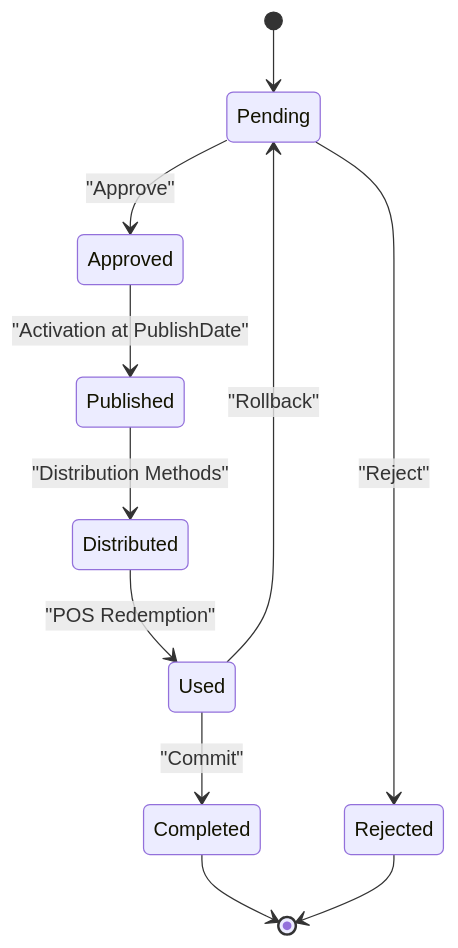
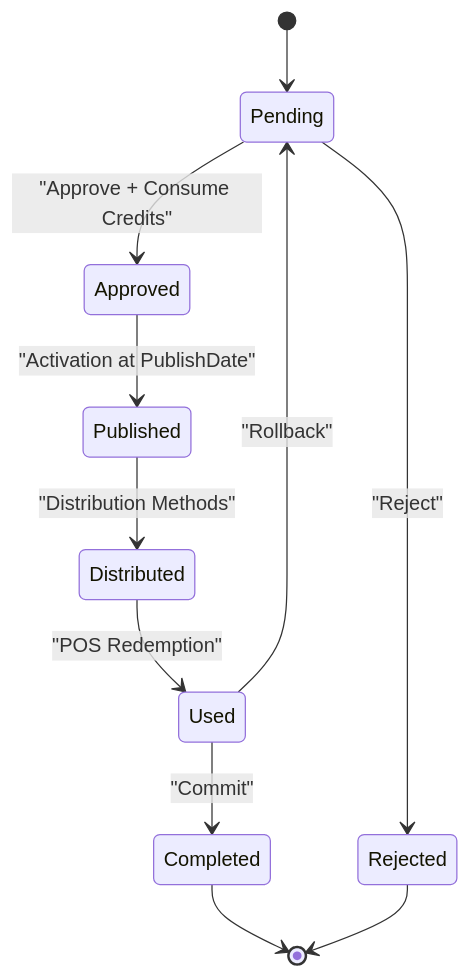
One commit to lamhongbac/NonCash changed the fourth of 11 diagrams in .qoder/repowiki/en/content/Core Services Implementation/Approval Service.md. Above: the diagram before and after it, drawn with Mermaid. The commit also changed other lines of this file and 111 other files, not shown here.

````diff
--- a/.qoder/repowiki/en/content/Core Services Implementation/Approval Service.md
+++ b/.qoder/repowiki/en/content/Core Services Implementation/Approval Service.md
@@ -141,13 +169,13 @@
 ```mermaid
 stateDiagram-v2
 [*] --> Pending
-Pending --> Approved : "Approve"
+Pending --> Approved : "Approve + Consume Credits"
 Pending --> Rejected : "Reject"
 Approved --> Published : "Activation at PublishDate"
 Published --> Distributed : "Distribution Methods"
 Distributed --> Used : "POS Redemption"
 Used --> Completed : "Commit"
 Used --> Pending : "Rollback"
 Completed --> [*]
 Rejected --> [*]
 ```
````
